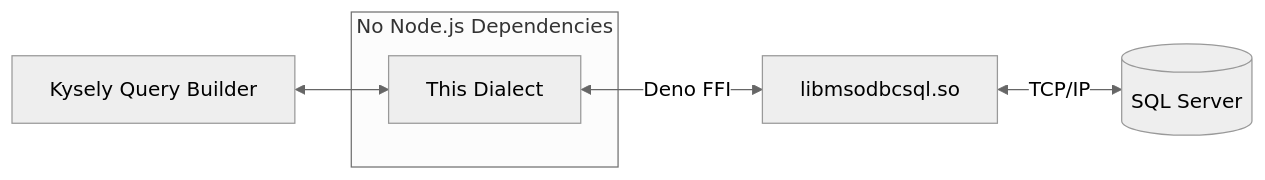
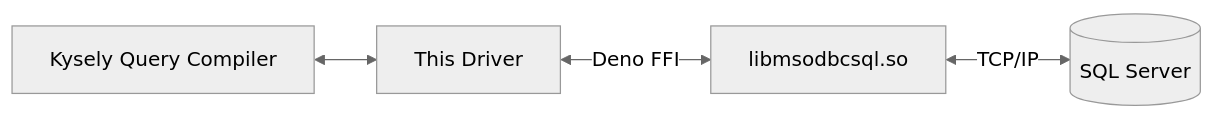
One commit to arthur-ver/deno-kysely-msodbcsql changed the diagram in README.md. Above: the diagram before and after it, drawn with Mermaid (neutral theme). The commit also changed other lines of this file, not shown here.

````diff
--- a/README.md
+++ b/README.md
@@ -26,10 +44,6 @@
 ```mermaid
 flowchart LR
-    Kysely[Kysely Query Builder] <--> Dialect[This Dialect]
-    Dialect <-->|Deno FFI| ODBC[libmsodbcsql.so]
+    Kysely[Kysely Query Compiler] <--> Driver[This Driver]
+    Driver <-->|Deno FFI| ODBC[libmsodbcsql.so]
     ODBC <-->|TCP/IP| SQLServer[(SQL Server)]
-    
-    subgraph "No Node.js Dependencies"
-        Dialect
-    end
 ```
````
